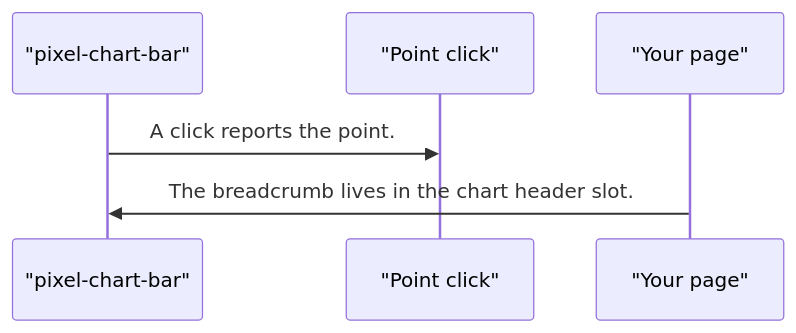
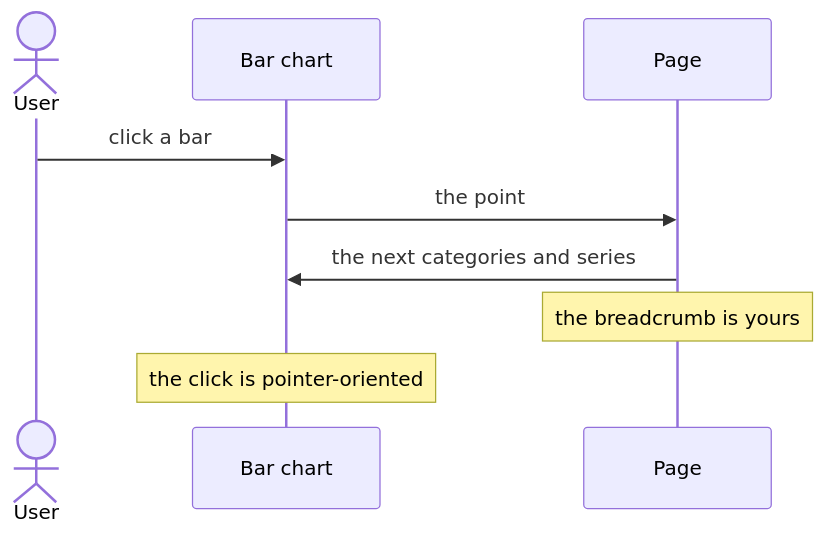
Before and after one commit to RajshekharBorate/pixel-ui: the fifth of 5 diagrams in projects/pixel-ui/src/lib/pixel-chart-bar/DESIGN.md, drawn with Mermaid. The commit also changed other lines of this file and 73 other files, not shown here.

Commit message:
Explain who owns each value and what each flow does in every component and service design.

````diff
--- a/projects/pixel-ui/src/lib/pixel-chart-bar/DESIGN.md
+++ b/projects/pixel-ui/src/lib/pixel-chart-bar/DESIGN.md
@@ -93,8 +120,11 @@
 ```mermaid
 sequenceDiagram
-  participant plot as "pixel-chart-bar"
-  participant click as "Point click"
-  participant page as "Your page"
-  plot->>click: A click reports the point.
-  page->>plot: The breadcrumb lives in the chart header slot.
+  actor User
+  participant Plot as Bar chart
+  participant Page
+  User->>Plot: click a bar
+  Plot->>Page: the point
+  Page->>Plot: the next categories and series
+  Note over Page: the breadcrumb is yours
+  Note over Plot: the click is pointer-oriented
 ```
````
